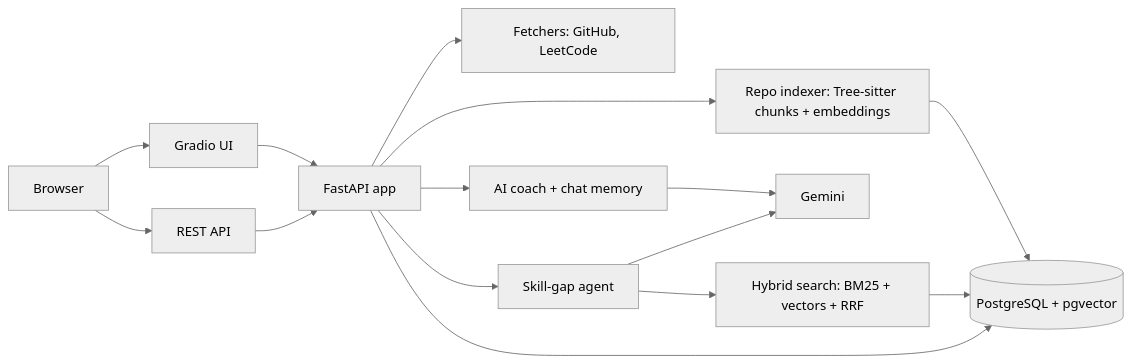
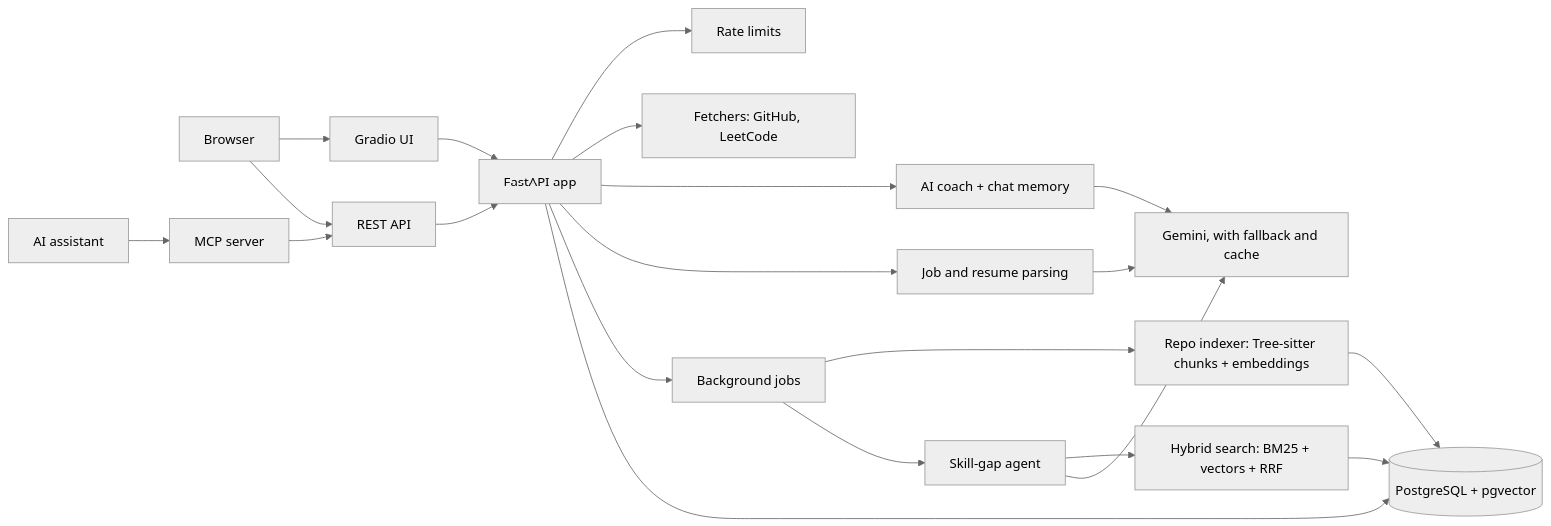
One commit to SwarangiK-21/CodeSynapse changed the first of 2 diagrams in README.md. Above: the diagram before and after it, drawn with Mermaid (neutral theme). The commit also changed other lines of this file, not shown here.

````diff
--- a/README.md
+++ b/README.md
@@ -70,17 +87,22 @@
 ```mermaid
 flowchart LR
     U[Browser] --> G[Gradio UI]
     U --> API[REST API]
+    M[AI assistant] --> MCP[MCP server] --> API
     G --> S[FastAPI app]
     API --> S
+    S --> L[Rate limits]
     S --> F[Fetchers: GitHub, LeetCode]
     S --> C[AI coach + chat memory]
-    S --> R[Repo indexer: Tree-sitter chunks + embeddings]
-    S --> A[Skill-gap agent]
+    S --> P[Job and resume parsing]
+    S --> J[Background jobs]
+    J --> R[Repo indexer: Tree-sitter chunks + embeddings]
+    J --> A[Skill-gap agent]
     R --> DB[(PostgreSQL + pgvector)]
-    C --> LLM[Gemini]
-    A --> LLM
     A --> Q[Hybrid search: BM25 + vectors + RRF]
     Q --> DB
+    C --> LLM[Gemini, with fallback and cache]
+    P --> LLM
+    A --> LLM
     S --> DB
 ```
````
